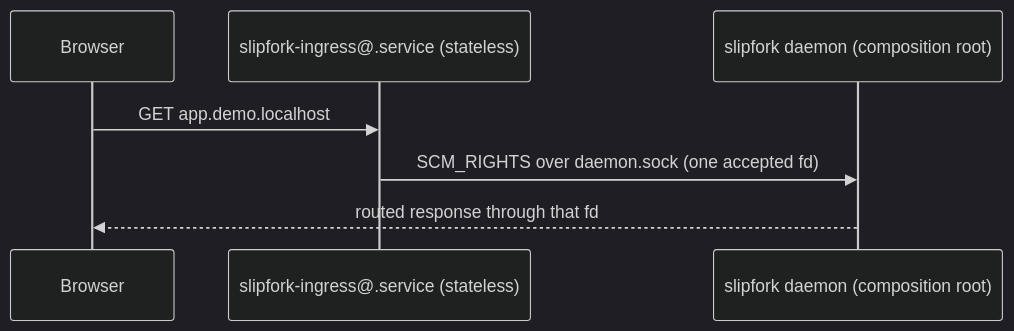
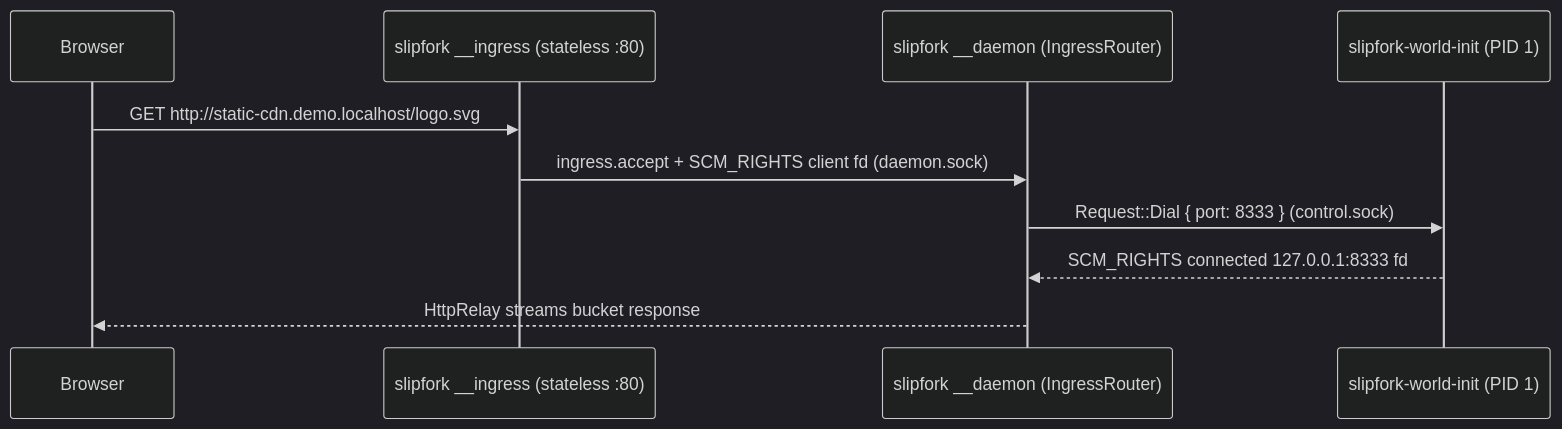
The third of 3 diagrams in ARCHITECTURE.md (OffworldNexus/slipfork), drawn with Mermaid (dark theme) before and after one commit. The commit also changed other lines of this file and 13 other files, not shown here.

````diff
--- a/ARCHITECTURE.md
+++ b/ARCHITECTURE.md
@@ -95,9 +83,12 @@
 ```mermaid
 sequenceDiagram
   participant Browser
-  participant Ingress as slipfork-ingress@.service (stateless)
-  participant Daemon as slipfork daemon (composition root)
-  Browser->>Ingress: GET app.demo.localhost
-  Ingress->>Daemon: SCM_RIGHTS over daemon.sock (one accepted fd)
-  Daemon-->>Browser: routed response through that fd
+  participant Ingress as slipfork __ingress (stateless :80)
+  participant Daemon as slipfork __daemon (IngressRouter)
+  participant Init as slipfork-world-init (PID 1)
+  Browser->>Ingress: GET http://static-cdn.demo.localhost/logo.svg
+  Ingress->>Daemon: ingress.accept + SCM_RIGHTS client fd (daemon.sock)
+  Daemon->>Init: Request::Dial { port: 8333 } (control.sock)
+  Init-->>Daemon: SCM_RIGHTS connected 127.0.0.1:8333 fd
+  Daemon-->>Browser: HttpRelay streams bucket response
 ```
````
